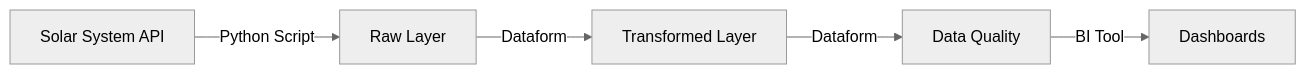
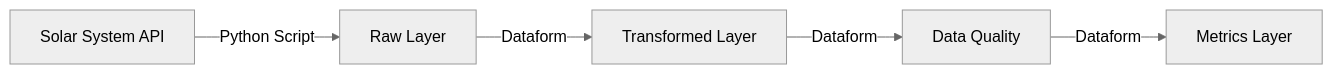
One commit to preston-carter/solar_system_gcp_data_pipeline changed the first of 2 diagrams in DOCUMENTATION.md. Above: the diagram before and after it, drawn with Mermaid (neutral theme). The commit also changed other lines of this file, not shown here.

````diff
--- a/DOCUMENTATION.md
+++ b/DOCUMENTATION.md
@@ -7,7 +18,7 @@
 ```mermaid
 graph LR
     A[Solar System API] -->|Python Script| B[Raw Layer]
     B -->|Dataform| C[Transformed Layer]
     C -->|Dataform| D[Data Quality]
-    D -->|BI Tool| E[Dashboards]
+    D -->|Dataform| E[Metrics Layer]
 ```
````
